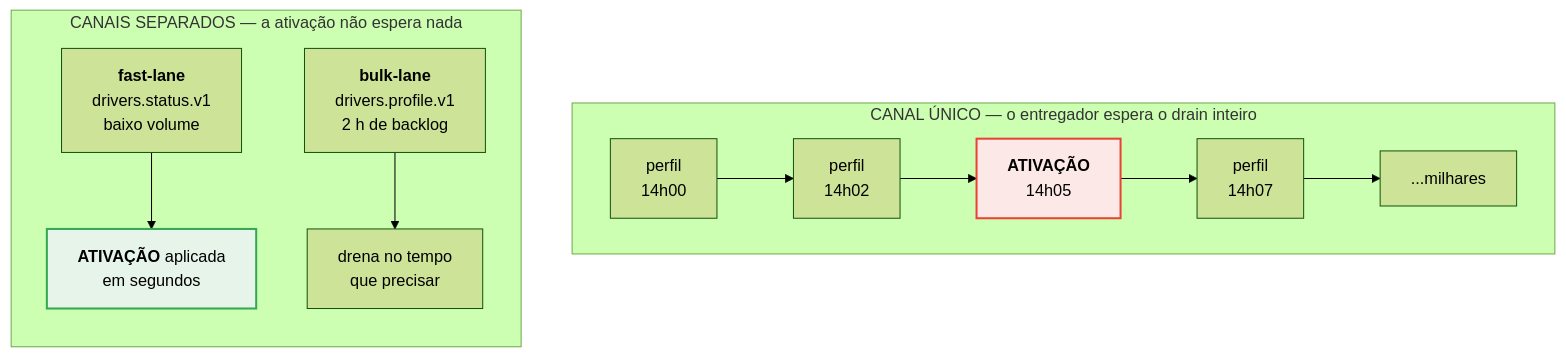
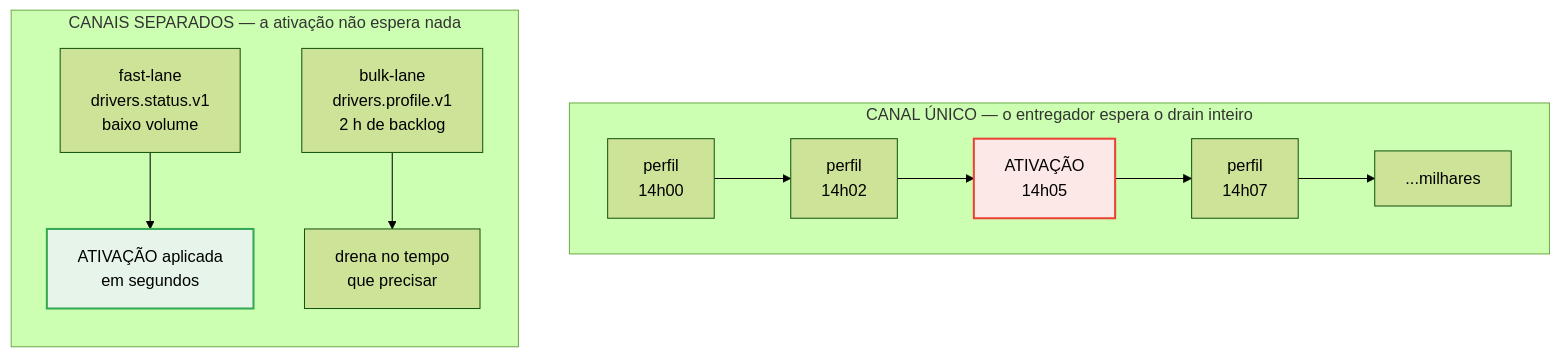
One commit to elysonromeiro/luizalabs-driver-sync-sdd changed the second of 3 diagrams in docs/06-especialista.md. Above: the diagram before and after it, drawn with Mermaid (forest theme). The commit also changed other lines of this file and 5 other files, not shown here.

````diff
--- a/docs/06-especialista.md
+++ b/docs/06-especialista.md
@@ -92,16 +101,16 @@
 ```mermaid
 flowchart TB
     subgraph antes["CANAL ÚNICO — o entregador espera o drain inteiro"]
         direction LR
-        b1["perfil<br/>14h00"] --> b2["perfil<br/>14h02"] --> b3["<b>ATIVAÇÃO</b><br/>14h05"] --> b4["perfil<br/>14h07"] --> b5["...milhares"]
+        b1["perfil<br/>14h00"] --> b2["perfil<br/>14h02"] --> b3["ATIVAÇÃO<br/>14h05"] --> b4["perfil<br/>14h07"] --> b5["...milhares"]
     end
 
     subgraph depois["CANAIS SEPARADOS — a ativação não espera nada"]
         direction TB
-        f1["<b>fast-lane</b><br/>drivers.status.v1<br/>baixo volume"] --> f2["<b>ATIVAÇÃO</b> aplicada<br/>em segundos"]
-        s1["<b>bulk-lane</b><br/>drivers.profile.v1<br/>2 h de backlog"] --> s2["drena no tempo<br/>que precisar"]
+        f1["fast-lane<br/>drivers.status.v1<br/>baixo volume"] --> f2["ATIVAÇÃO aplicada<br/>em segundos"]
+        s1["bulk-lane<br/>drivers.profile.v1<br/>2 h de backlog"] --> s2["drena no tempo<br/>que precisar"]
     end
 
     style b3 fill:#fce8e6,stroke:#ea4335,stroke-width:2px
     style f2 fill:#e6f4ea,stroke:#34a853,stroke-width:2px
 ```
````
